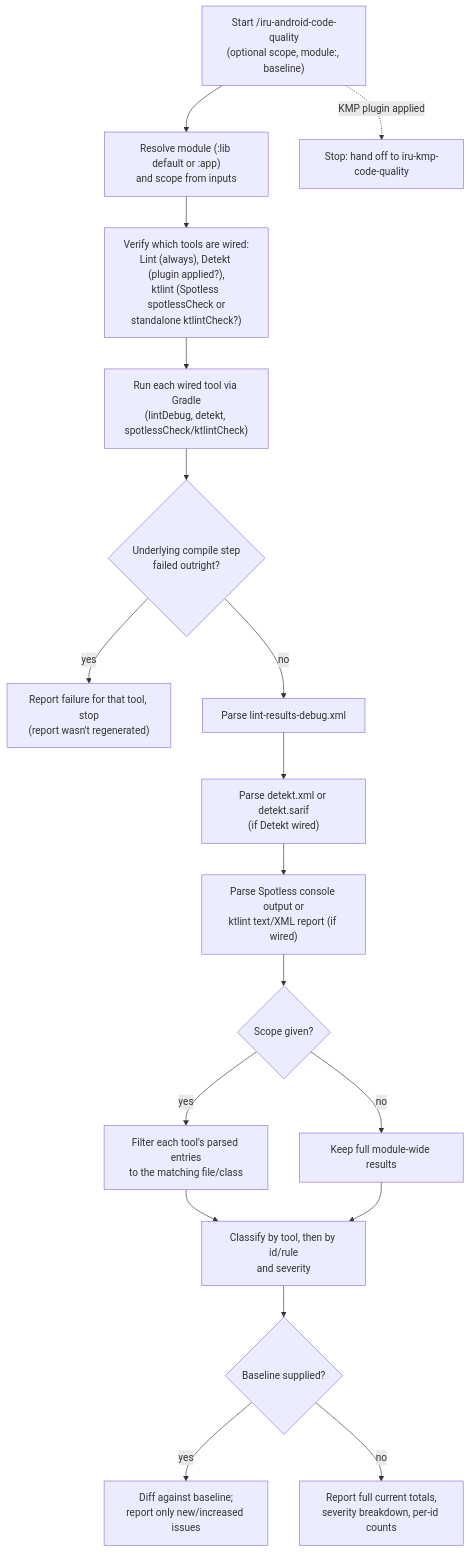
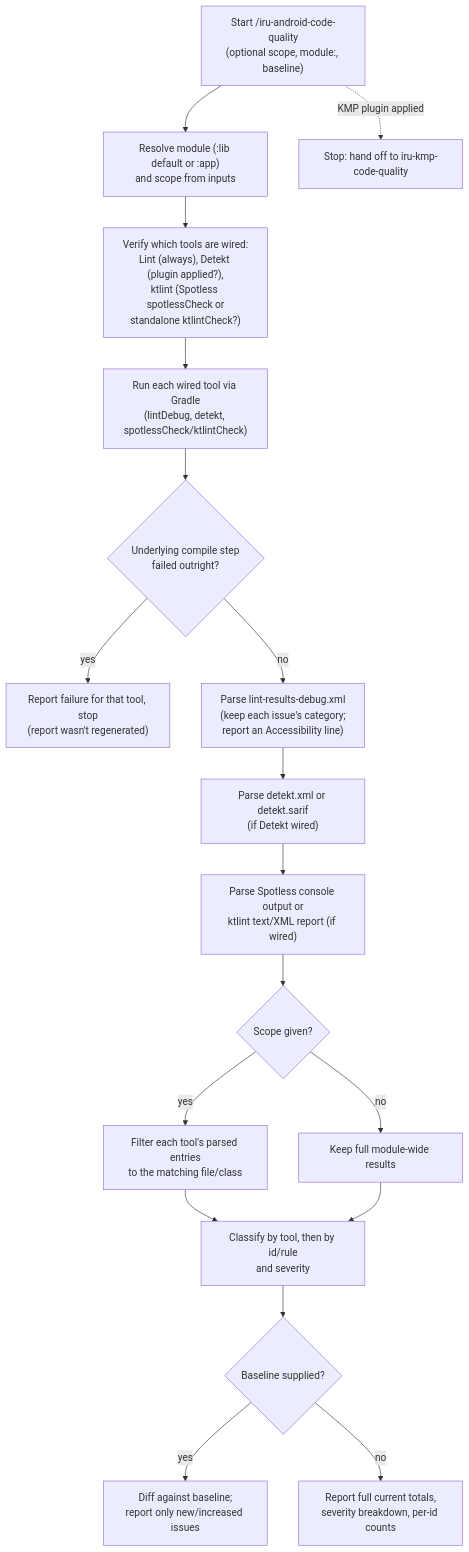
Before and after one commit to albertoirurueta/ai-catalog: the diagram in docs/modules/ROOT/pages/skills/iru-android-code-quality.adoc, drawn with Mermaid. The commit also changed other lines of this file and 325 other files, not shown here.

```diff
--- a/docs/modules/ROOT/pages/skills/iru-android-code-quality.adoc
+++ b/docs/modules/ROOT/pages/skills/iru-android-code-quality.adoc
@@ -79,21 +82,21 @@
 [mermaid]
 ....
 flowchart TD
     A["Start /iru-android-code-quality\n(optional scope, module:, baseline)"] --> B["Resolve module (:lib default or :app)\nand scope from inputs"]
     A -. "KMP plugin applied" .-> KMP["Stop: hand off to iru-kmp-code-quality"]
     B --> C["Verify which tools are wired:\nLint (always), Detekt (plugin applied?),\nktlint (Spotless spotlessCheck or\nstandalone ktlintCheck?)"]
     C --> D["Run each wired tool via Gradle\n(lintDebug, detekt, spotlessCheck/ktlintCheck)"]
     D --> E{"Underlying compile step\nfailed outright?"}
     E -- yes --> F["Report failure for that tool, stop\n(report wasn't regenerated)"]
-    E -- no --> G["Parse lint-results-debug.xml"]
+    E -- no --> G["Parse lint-results-debug.xml\n(keep each issue's category;\nreport an Accessibility line)"]
     G --> H["Parse detekt.xml or detekt.sarif\n(if Detekt wired)"]
     H --> I["Parse Spotless console output or\nktlint text/XML report (if wired)"]
     I --> J{"Scope given?"}
     J -- yes --> K["Filter each tool's parsed entries\nto the matching file/class"]
     J -- no --> L["Keep full module-wide results"]
     K --> M
     L --> M["Classify by tool, then by id/rule\nand severity"]
     M --> N{"Baseline supplied?"}
     N -- yes --> O["Diff against baseline;\nreport only new/increased issues"]
     N -- no --> P["Report full current totals,\nseverity breakdown, per-id counts"]
 ....
```
